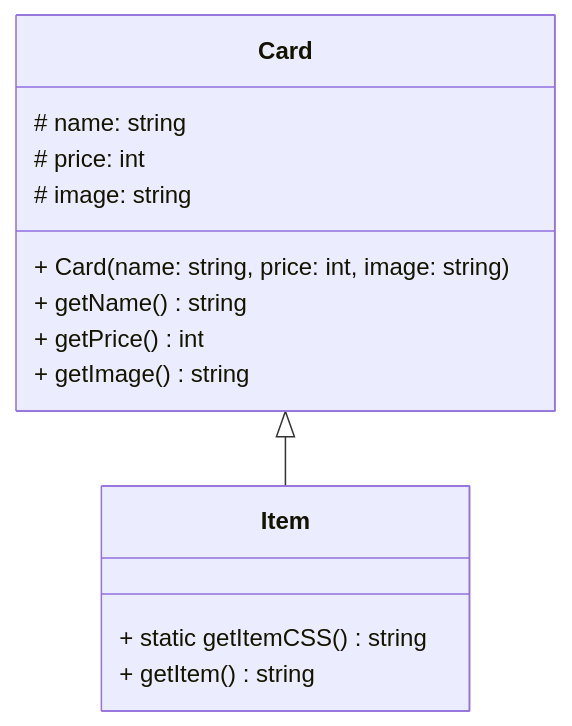
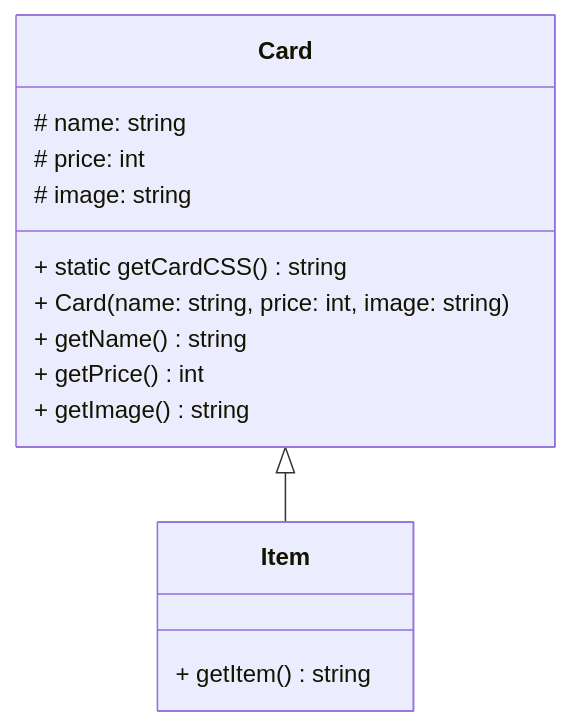
Before and after one commit to AlexandrAnatoliev/send-invoice: the diagram in README.md, drawn with Mermaid. The commit also changed other lines of this file, not shown here.

````diff
--- a/README.md
+++ b/README.md
@@ -71,21 +71,21 @@
 ```mermaid
 classDiagram
   
   class Card {
     # name: string
     # price: int
     # image: string
+    + static getCardCSS() string
     + Card(name: string, price: int, image: string)
     + getName() string
     + getPrice() int
     + getImage() string
   }
 
   class Item {
-    + static getItemCSS() string
     + getItem() string
   }
 
   Card <|-- Item
 
 ```
````
